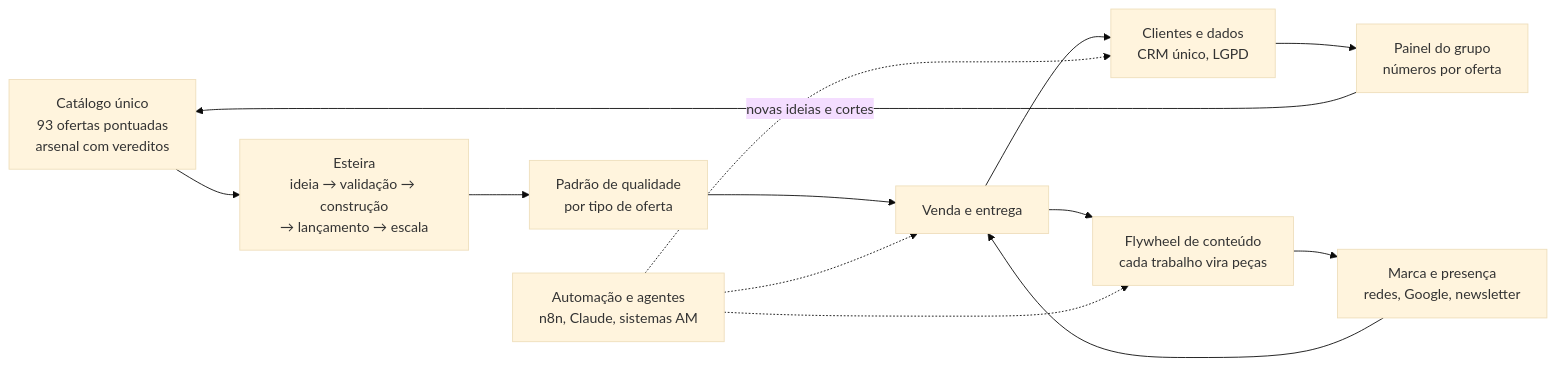
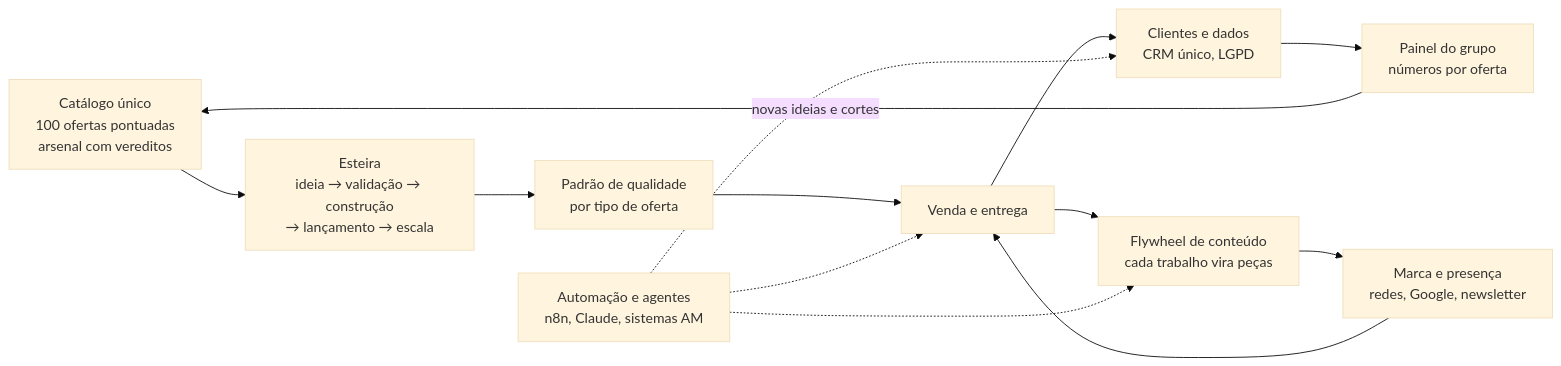
Before and after one commit to AlanMateus17/dev-setup: the diagram in docs/operacao/README.md, drawn with Mermaid (base theme). The commit also changed 9 other files, not shown here.

````diff
--- a/docs/operacao/README.md
+++ b/docs/operacao/README.md
@@ -11,15 +11,15 @@
 ```mermaid
 flowchart LR
-  C["Catálogo único<br/>93 ofertas pontuadas<br/>arsenal com vereditos"] --> E["Esteira<br/>ideia → validação → construção<br/>→ lançamento → escala"]
+  C["Catálogo único<br/>100 ofertas pontuadas<br/>arsenal com vereditos"] --> E["Esteira<br/>ideia → validação → construção<br/>→ lançamento → escala"]
   E --> Q["Padrão de qualidade<br/>por tipo de oferta"]
   Q --> V["Venda e entrega"]
   V --> D["Clientes e dados<br/>CRM único, LGPD"]
   V --> F["Flywheel de conteúdo<br/>cada trabalho vira peças"]
   F --> M["Marca e presença<br/>redes, Google, newsletter"]
   M --> V
   D --> P["Painel do grupo<br/>números por oferta"]
   P -->|"novas ideias e cortes"| C
   A["Automação e agentes<br/>n8n, Claude, sistemas AM"] -.-> V
   A -.-> F
   A -.-> D
 ```
````
